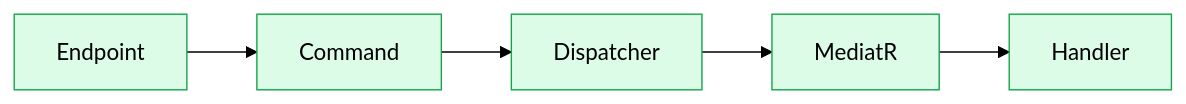
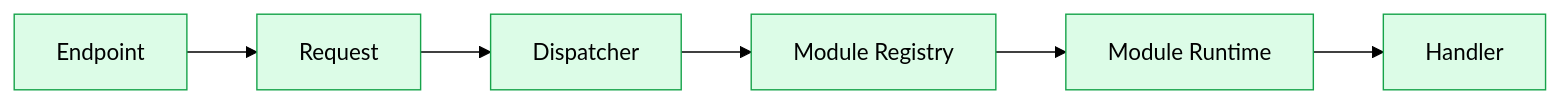
The second of 5 diagrams in docs/architecture/06-module-communication.md (soufiane-rizk/Jobwize), drawn with Mermaid (forest theme) before and after one commit. The commit also changed other lines of this file and 42 other files, not shown here.

First line of the commit message:
feat(runtime): replace MediatR with custom module runtime

````diff
--- a/docs/architecture/06-module-communication.md
+++ b/docs/architecture/06-module-communication.md
@@ -101,15 +108,17 @@
 ```mermaid
 flowchart LR
 
-    Endpoint --> Command
+    Endpoint --> Request
 
-    Command --> Dispatcher
+    Request --> Dispatcher
 
-    Dispatcher --> MediatR
+    Dispatcher --> Registry["Module Registry"]
 
-    MediatR --> Handler
+    Registry --> Runtime["Module Runtime"]
+
+    Runtime --> Handler
 
     classDef application fill:#dcfce7,stroke:#16a34a,color:#000;
 
-    class Endpoint,Command,Dispatcher,MediatR,Handler application;
+    class Endpoint,Request,Dispatcher,Registry,Runtime,Handler application;
 ```
````
